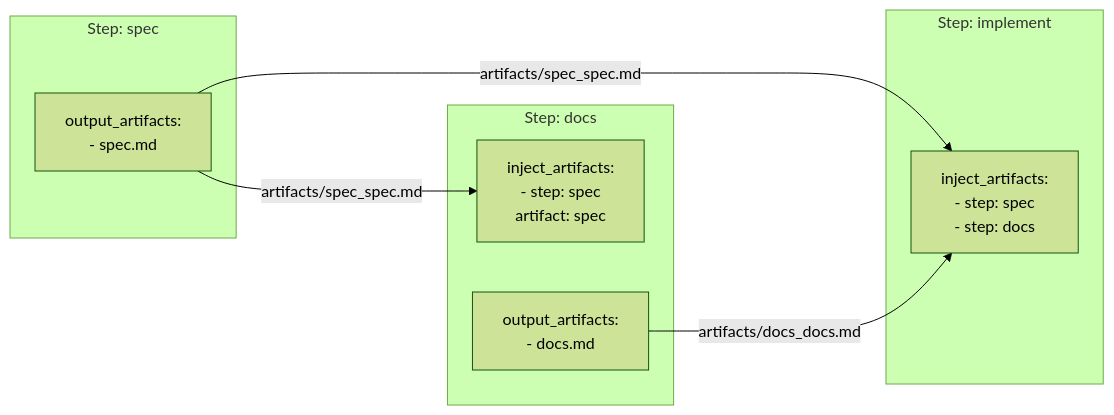
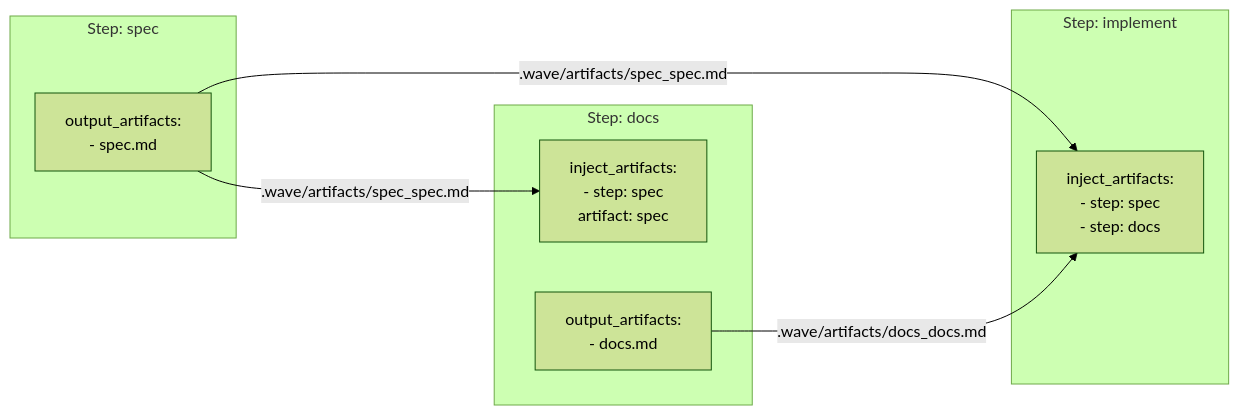
Before and after one commit to re-cinq/wave: diagram 12 of 17 in docs/.archive/wave-architecture.md, drawn with Mermaid (forest theme). The commit also changed other lines of this file and 178 other files, not shown here.

First line of the commit message:
fix(pipeline): move runtime artifacts under .wave/ to prevent worktree pollution

````diff
--- a/docs/.archive/wave-architecture.md
+++ b/docs/.archive/wave-architecture.md
@@ -425,19 +425,19 @@
 ```mermaid
 flowchart LR
     subgraph Step1["Step: spec"]
         S1OUT[output_artifacts:<br/>- spec.md]
     end
 
     subgraph Step2["Step: docs"]
         S2IN[inject_artifacts:<br/>- step: spec<br/>  artifact: spec]
         S2OUT[output_artifacts:<br/>- docs.md]
     end
 
     subgraph Step3["Step: implement"]
         S3IN[inject_artifacts:<br/>- step: spec<br/>- step: docs]
     end
 
-    S1OUT -->|"artifacts/spec_spec.md"| S2IN
-    S1OUT -->|"artifacts/spec_spec.md"| S3IN
-    S2OUT -->|"artifacts/docs_docs.md"| S3IN
+    S1OUT -->|".wave/artifacts/spec_spec.md"| S2IN
+    S1OUT -->|".wave/artifacts/spec_spec.md"| S3IN
+    S2OUT -->|".wave/artifacts/docs_docs.md"| S3IN
 ```
````
